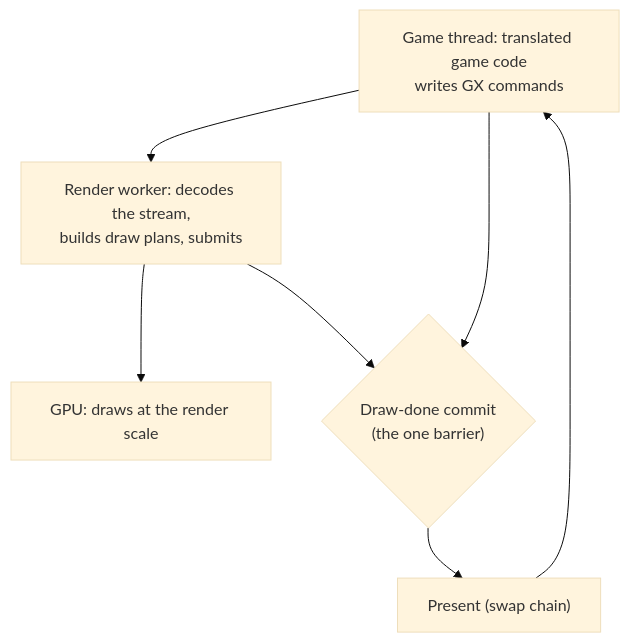
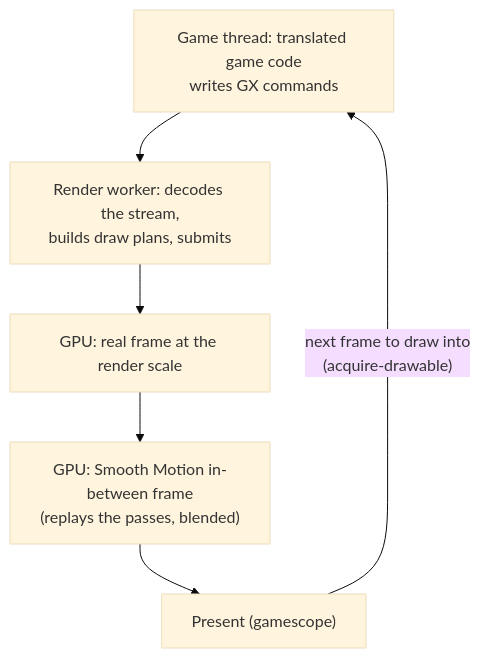
Before and after one commit to chrissotraidis/bluewake: the diagram in docs/planning/2026-11-05-render_scale_cost/TECH_PLAN.md, drawn with Mermaid (base theme). The commit also changed other lines of this file and 2 other files, not shown here.

First line of the commit message:
docs: render settings measured paced, as played; retract unpaced results

````diff
--- a/docs/planning/2026-11-05-render_scale_cost/TECH_PLAN.md
+++ b/docs/planning/2026-11-05-render_scale_cost/TECH_PLAN.md
@@ -24,9 +9,8 @@
 ```mermaid
 flowchart TD
     A["Game thread: translated game code<br/>writes GX commands"] --> B["Render worker: decodes the stream,<br/>builds draw plans, submits"]
-    B --> C["GPU: draws at the render scale"]
-    A --> D{"Draw-done commit<br/>(the one barrier)"}
-    B --> D
-    D --> E["Present (swap chain)"]
-    E --> A
+    B --> C["GPU: real frame at the render scale"]
+    C --> D["GPU: Smooth Motion in-between frame<br/>(replays the passes, blended)"]
+    D --> E["Present (gamescope)"]
+    E -->|"next frame to draw into<br/>(acquire-drawable)"| A
 ```
````
